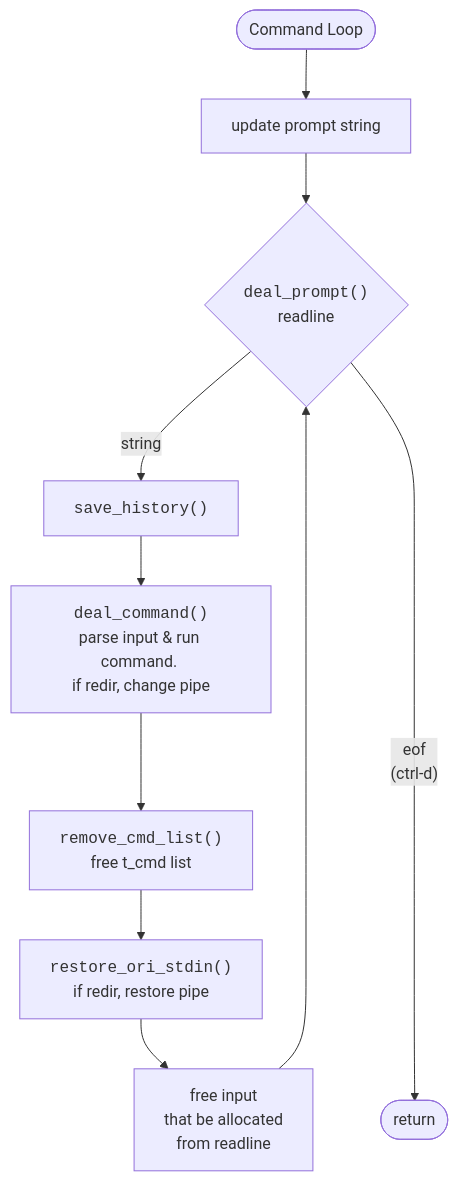
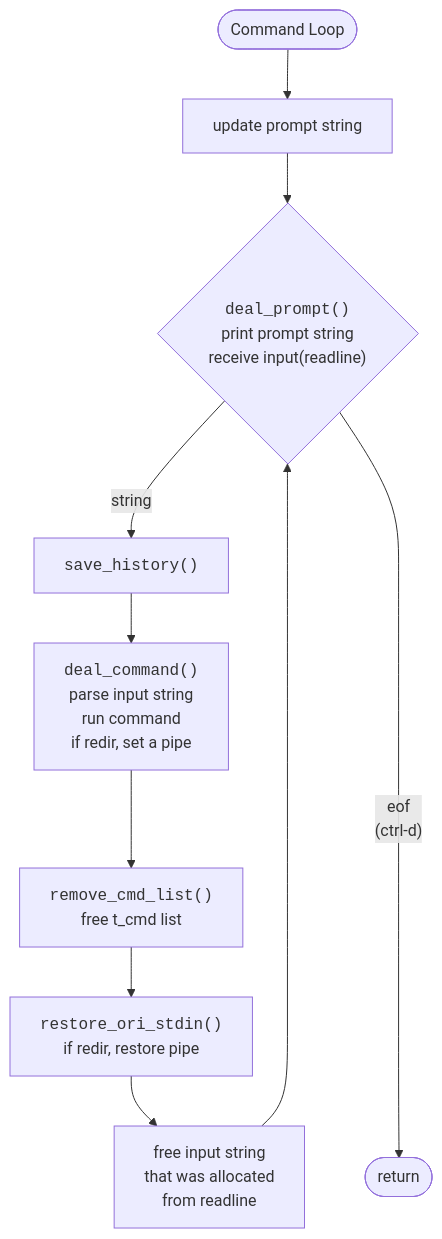
Before and after one commit to team-pakchoi/msh: the second of 2 diagrams in README.md, drawn with Mermaid. The commit also changed other lines of this file, not shown here.

````diff
--- a/README.md
+++ b/README.md
@@ -158,13 +160,13 @@
 ```mermaid
 graph TD
     start([Command Loop]) --> s1[update prompt string]
-    s1 --> s2{"<code>deal_prompt()</code><br/>readline"}
+    s1 --> s2{"<code>deal_prompt()</code><br/>print prompt string<br/>receive input(readline)"}
     s2 -- string --> s3["<code>save_history()</code>"]
-    s3 --> s4["<code>deal_command()</code><br/>parse input & run command. <br/>if redir, change pipe"]
+    s3 --> s4["<code>deal_command()</code><br/>parse input string<br/>run command<br/>if redir, set a pipe"]
     s4 --> s5["<code>remove_cmd_list()</code><br/>free t_cmd list"]
     s5 --> s6["<code>restore_ori_stdin()</code><br/>if redir, restore pipe"]
-    s6 --> s7[free input<br/>that be allocated<br/>from readline]
+    s6 --> s7[free input string<br/>that was allocated<br/>from readline]
     s7 --> s2
     s2 -- "eof<br/>(ctrl-d)" ------> return
     return([return])
 ```
````
